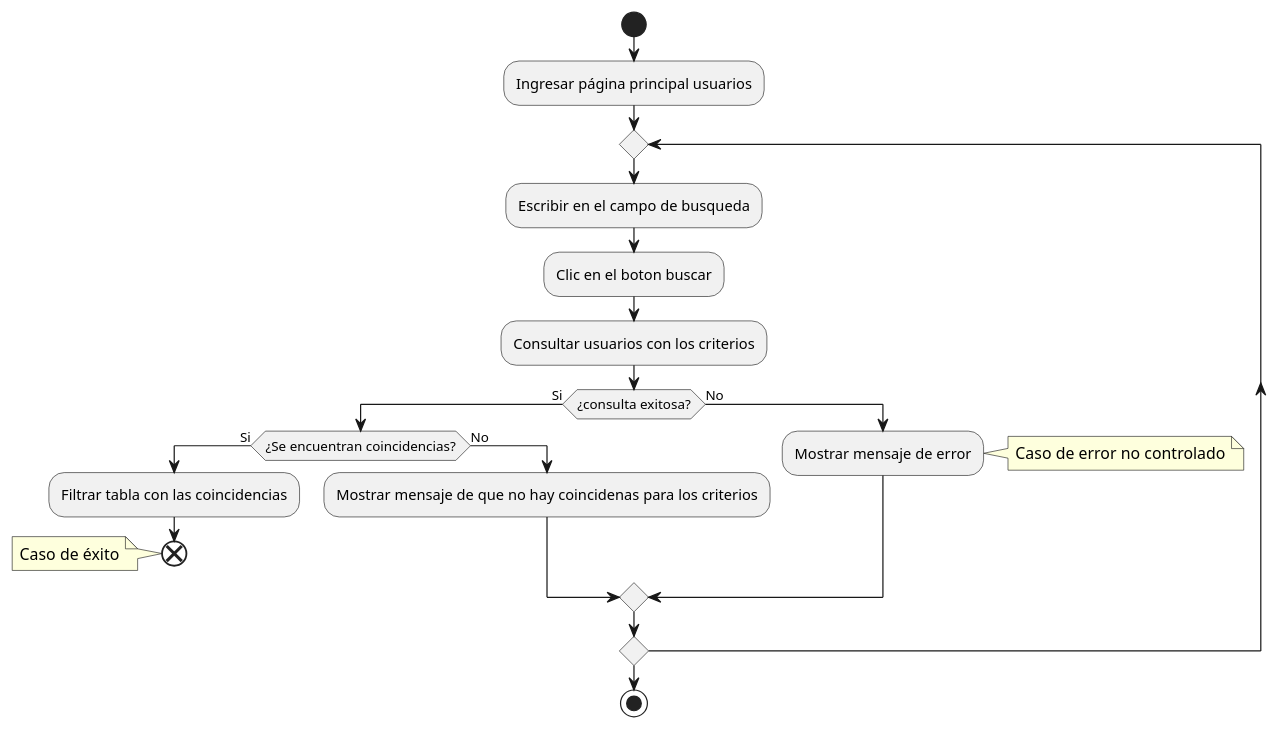
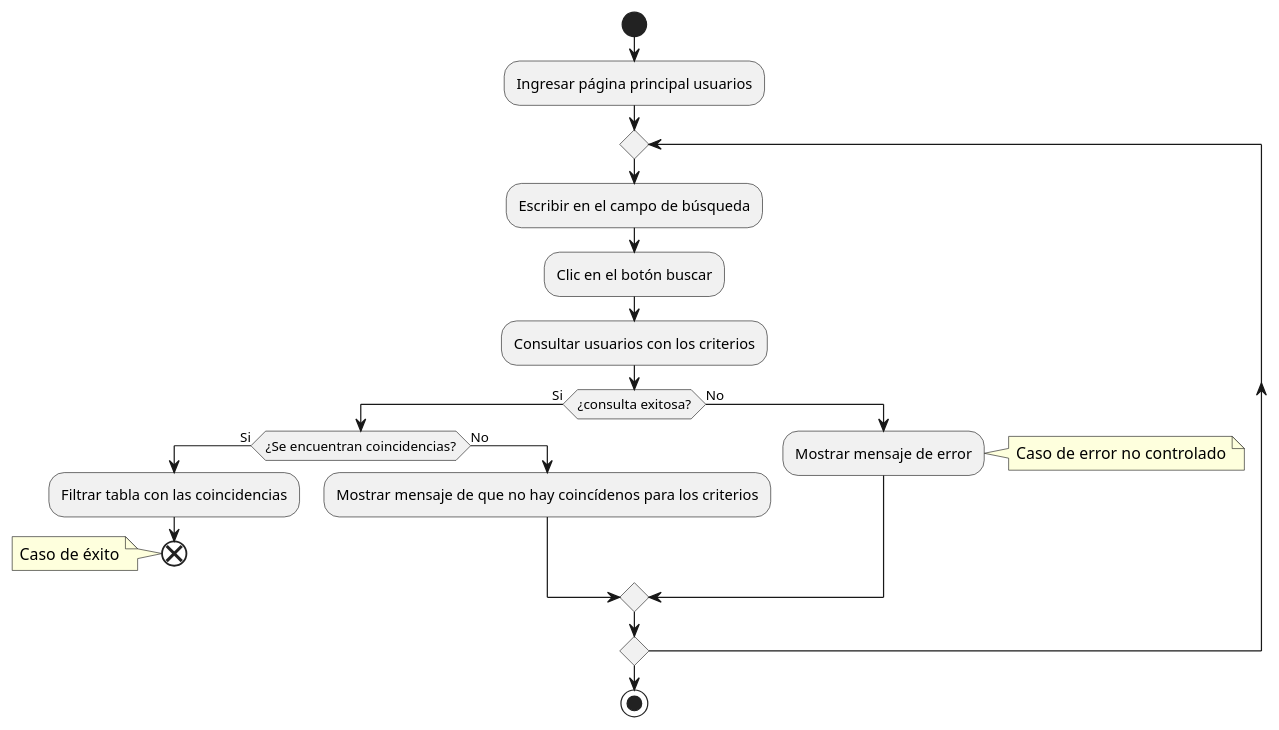
The diagram in UML/Actividad/Users/searchUser.puml (an-tet/store), drawn with PlantUML before and after one commit.

Commit message:
Orthography correction in searchUser.puml

```diff
--- a/UML/Actividad/Users/searchUser.puml
+++ b/UML/Actividad/Users/searchUser.puml
@@ -1,26 +1,26 @@
 @startuml
 start
     :Ingresar página principal usuarios;
     repeat
-        :Escribir en el campo de busqueda;
-        :Clic en el boton buscar;
+        :Escribir en el campo de búsqueda;
+        :Clic en el botón buscar;
         :Consultar usuarios con los criterios;
         if (¿consulta exitosa?) is (Si) then
             if (¿Se encuentran coincidencias?) is (Si) then
                 :Filtrar tabla con las coincidencias;
                 end
                 note
                   Caso de éxito
                 end note
             else (No)
-                :Mostrar mensaje de que no hay coincidenas para los criterios;
+                :Mostrar mensaje de que no hay coincídenos para los criterios;
             endif
         else (No)
             :Mostrar mensaje de error;
             note right
               Caso de error no controlado
             end note
         endif
     repeat while()
 stop
 @enduml
```
